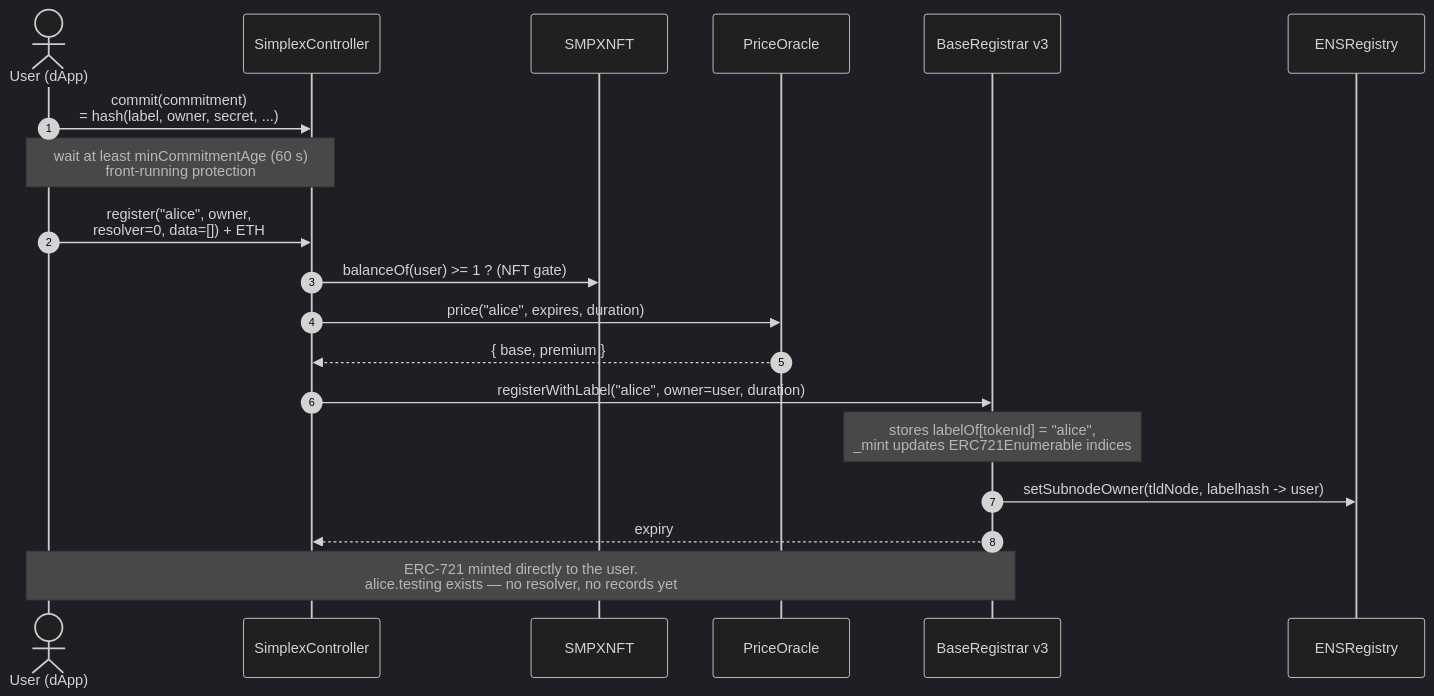
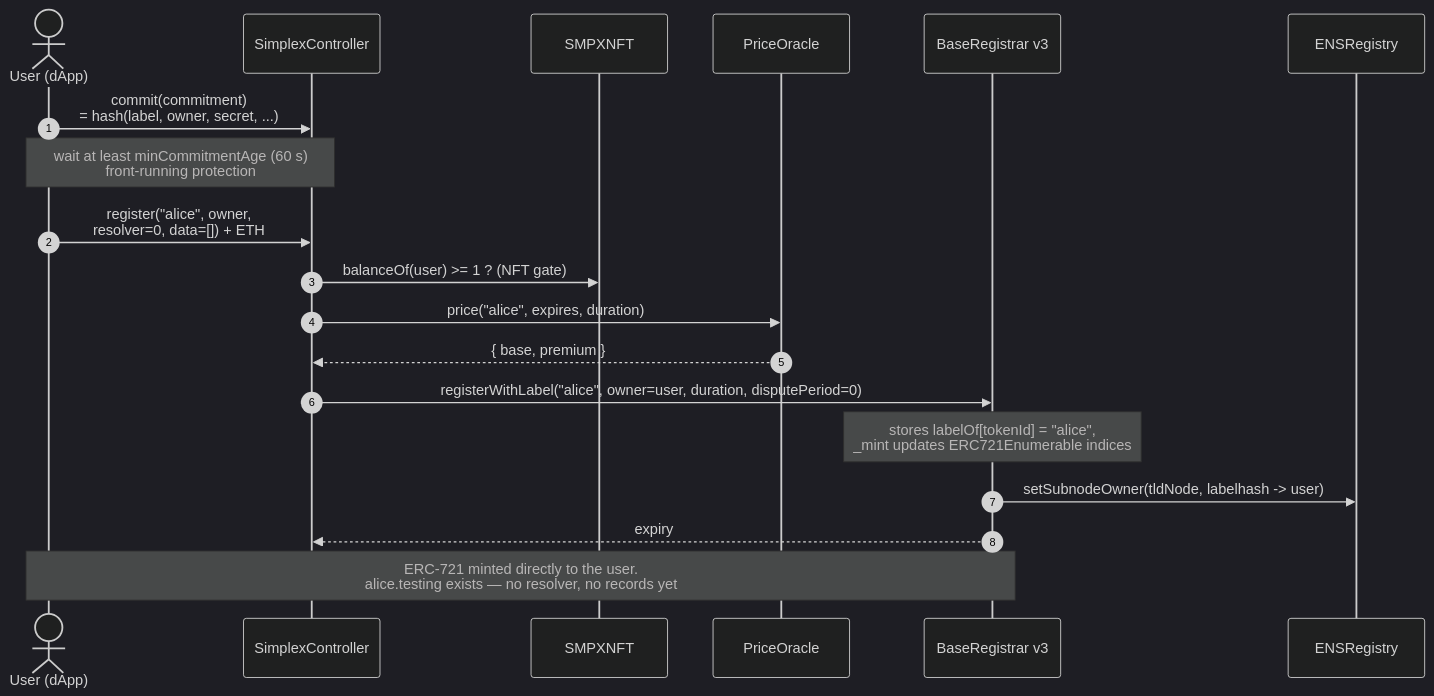
The first of 10 diagrams in docs/sequence-happy-flow.md (brenzi-agent/simplex-namespace-contract), drawn with Mermaid (dark theme) before and after one commit. The commit also changed other lines of this file and 7 other files, not shown here.

First line of the commit message:
docs: dispute period for sponsored registrations (#19)

````diff
--- a/docs/sequence-happy-flow.md
+++ b/docs/sequence-happy-flow.md
@@ -21,22 +21,22 @@
 ```mermaid
 sequenceDiagram
     autonumber
     actor U as User (dApp)
     participant C as SimplexController
     participant N as SMPXNFT
     participant O as PriceOracle
     participant B as BaseRegistrar v3
     participant R as ENSRegistry
 
     U->>C: commit(commitment)<br/>= hash(label, owner, secret, ...)
     note over U,C: wait at least minCommitmentAge (60 s)<br/>front-running protection
     U->>C: register("alice", owner,<br/>resolver=0, data=[]) + ETH
     C->>N: balanceOf(user) >= 1 ? (NFT gate)
     C->>O: price("alice", expires, duration)
     O-->>C: { base, premium }
-    C->>B: registerWithLabel("alice", owner=user, duration)
+    C->>B: registerWithLabel("alice", owner=user, duration, disputePeriod=0)
     note over B: stores labelOf[tokenId] = "alice",<br/>_mint updates ERC721Enumerable indices
     B->>R: setSubnodeOwner(tldNode, labelhash -> user)
     B-->>C: expiry
     note over U,B: ERC-721 minted directly to the user.<br/>alice.testing exists — no resolver, no records yet
 ```
````
